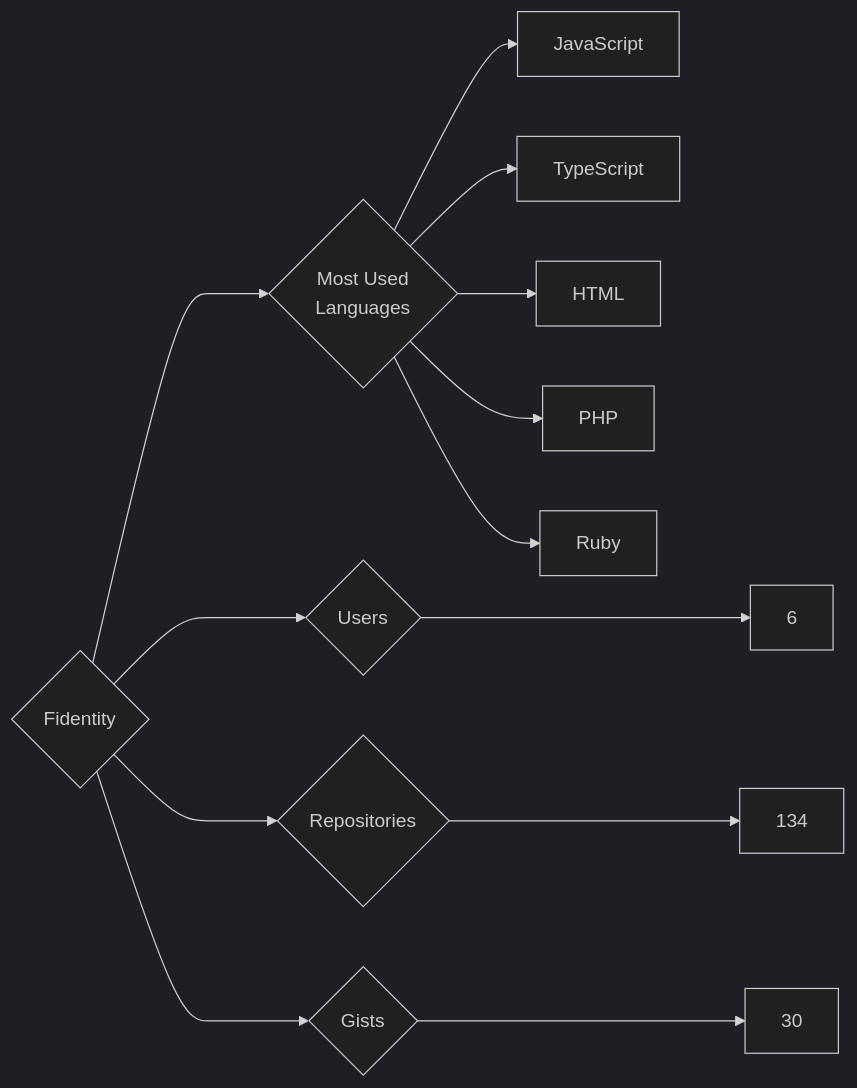
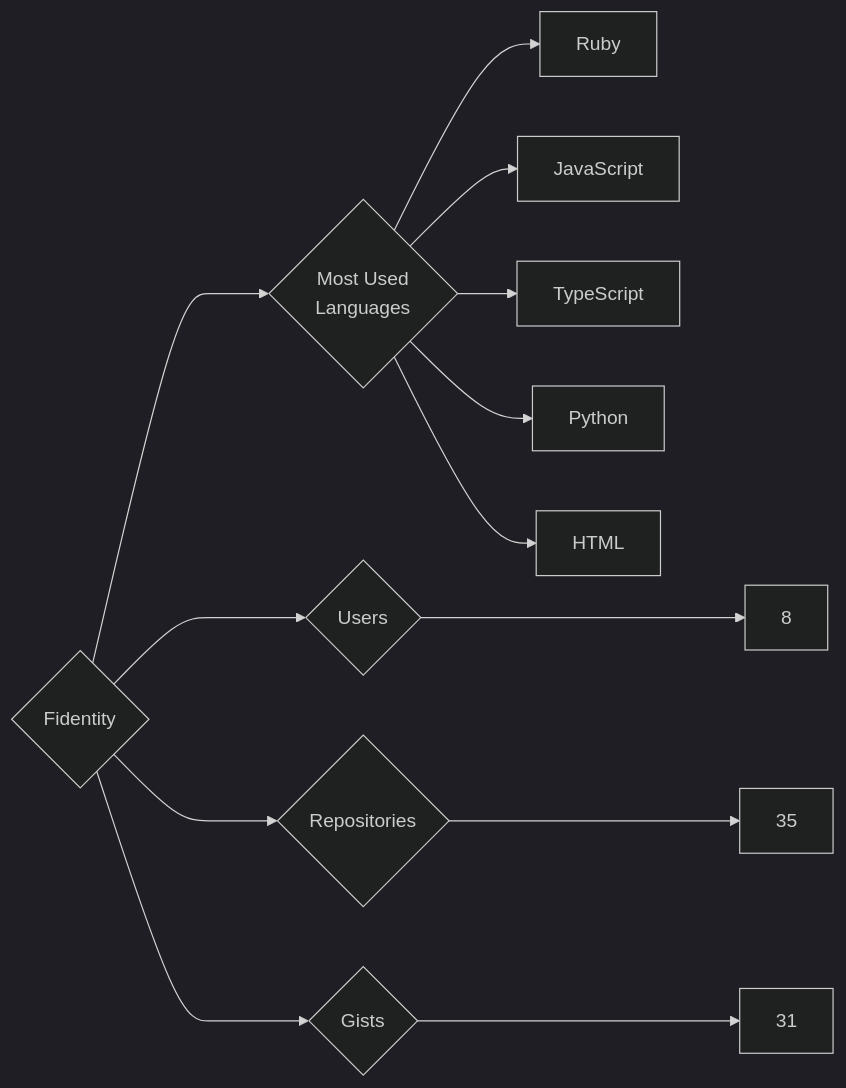
One commit to trickest/insiders changed the diagram in targets/Fidentity/README.md. Above: the diagram before and after it, drawn with Mermaid (dark theme). The commit also changed 1148 other files, not shown here.

````diff
--- a/targets/Fidentity/README.md
+++ b/targets/Fidentity/README.md
@@ -3,13 +3,13 @@
 ```mermaid
 graph LR
 COMPANY_NAME{Fidentity}
-COMPANY_NAME ---> U{Users} ---> UN[6]
-COMPANY_NAME ---> R{Repositories} ---> RN[134]
-COMPANY_NAME ---> G{Gists} ---> GN[30]
+COMPANY_NAME ---> U{Users} ---> UN[8]
+COMPANY_NAME ---> R{Repositories} ---> RN[35]
+COMPANY_NAME ---> G{Gists} ---> GN[31]
 COMPANY_NAME ---> ML{Most Used<br>Languages}
+ML --> Ruby[Ruby]
 ML --> JavaScript[JavaScript]
 ML --> TypeScript[TypeScript]
+ML --> Python[Python]
 ML --> HTML[HTML]
-ML --> PHP[PHP]
-ML --> Ruby[Ruby]
 ```
````
